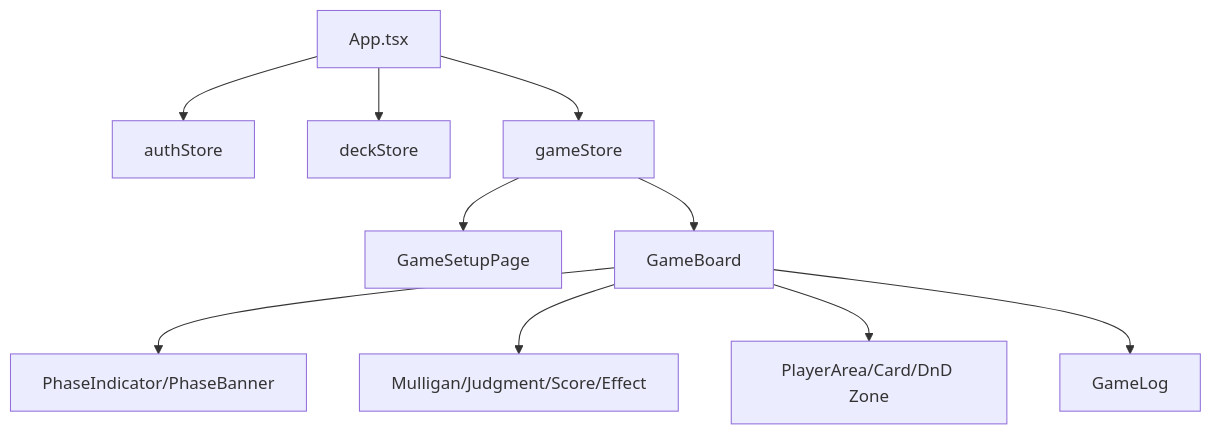
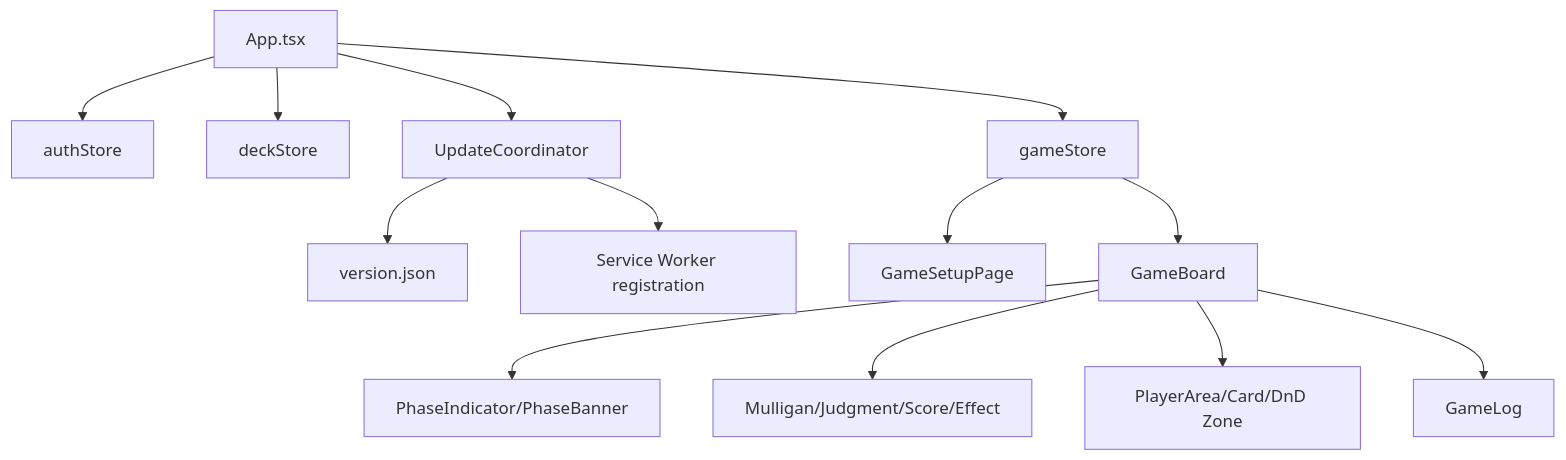
The sixth of 9 diagrams in docs/system-design.md (catmeow123456/loveca-dev), drawn with Mermaid before and after one commit. The commit also changed other lines of this file and 25 other files, not shown here.

````diff
--- a/docs/system-design.md
+++ b/docs/system-design.md
@@ -320,14 +320,18 @@
 ```mermaid
 graph TB
     App[App.tsx] --> Auth[authStore]
     App --> Deck[deckStore]
     App --> Game[gameStore]
+    App --> Update[UpdateCoordinator]
+
+    Update --> Manifest[version.json]
+    Update --> SW[Service Worker registration]
 
     Game --> SetupPage[GameSetupPage]
     Game --> Board[GameBoard]
 
     Board --> PhaseUI[PhaseIndicator/PhaseBanner]
     Board --> Panels[Mulligan/Judgment/Score/Effect]
     Board --> Areas[PlayerArea/Card/DnD Zone]
     Board --> Logs[GameLog]
 ```
````
